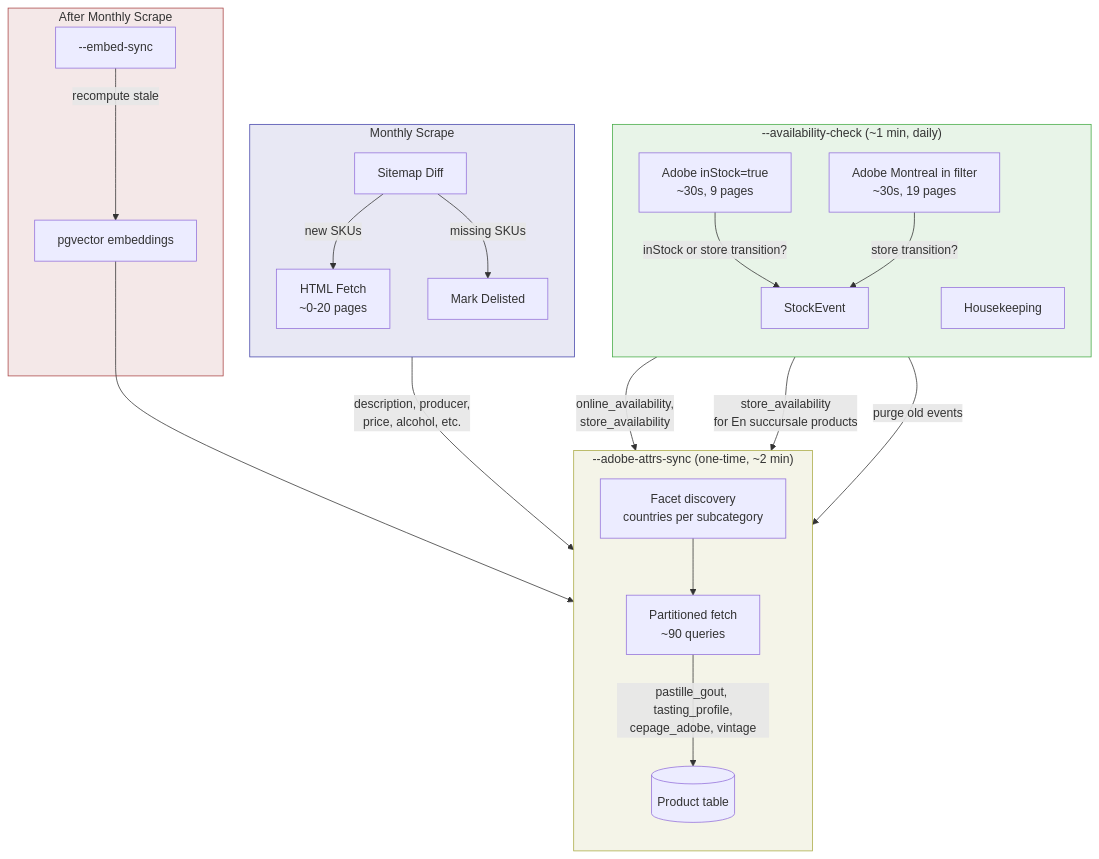
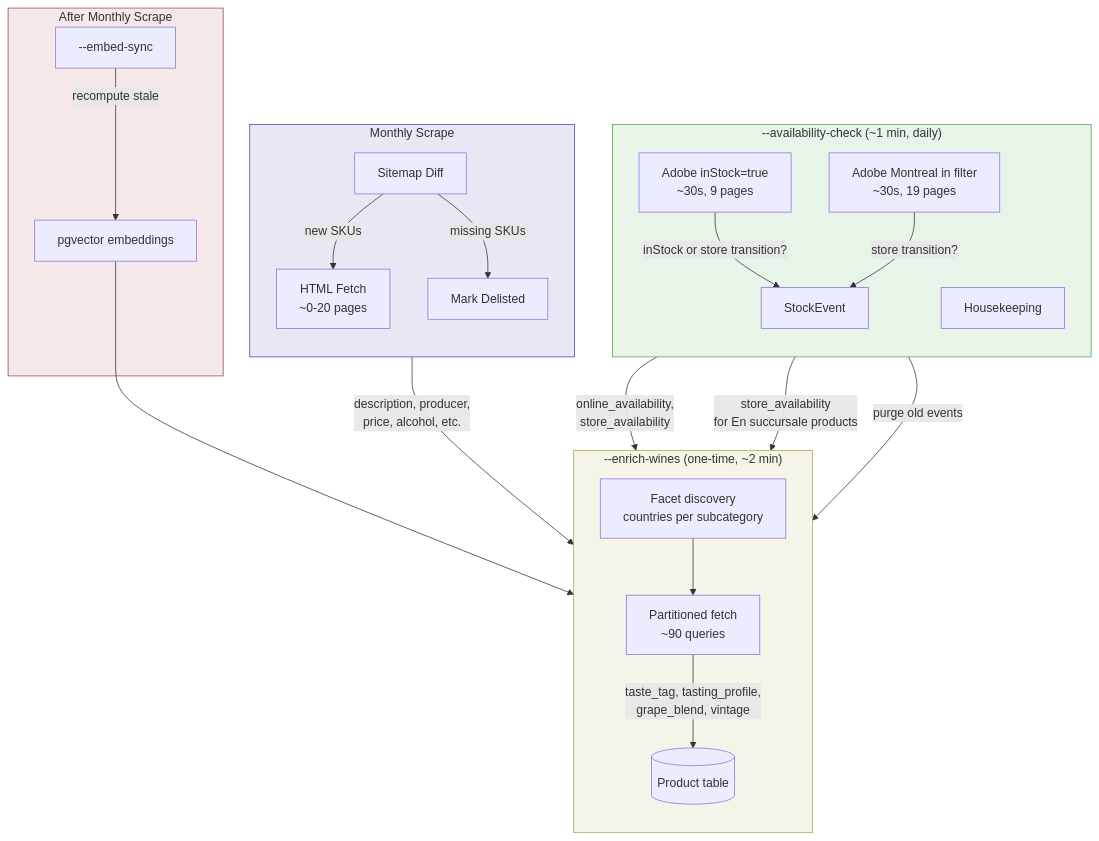
One commit to vpatrin/saq-sommelier changed the diagram in docs/specs/DATA_PIPELINE.md. Above: the diagram before and after it, drawn with Mermaid. The commit also changed other lines of this file and 5 other files, not shown here.

````diff
--- a/docs/specs/DATA_PIPELINE.md
+++ b/docs/specs/DATA_PIPELINE.md
@@ -340,35 +340,35 @@
 ```mermaid
 flowchart TB
-    subgraph onetime ["--adobe-attrs-sync (one-time, ~2 min)"]
+    subgraph onetime ["--enrich-wines (one-time, ~2 min)"]
         direction TB
         FACET[Facet discovery<br/>countries per subcategory] --> PART[Partitioned fetch<br/>~90 queries]
-        PART --> |pastille_gout, tasting_profile,<br/>cepage_adobe, vintage| DB
+        PART --> |taste_tag, tasting_profile,<br/>grape_blend, vintage| DB
     end
 
     subgraph daily ["--availability-check (~1 min, daily)"]
         direction TB
         ALS1[Adobe inStock=true<br/>~30s, 9 pages] --> |online_availability,<br/>store_availability| DB
         ALS2[Adobe Montreal in filter<br/>~30s, 19 pages] --> |store_availability<br/>for En succursale products| DB
         ALS1 --> |inStock or store transition?| SE[StockEvent]
         ALS2 --> |store transition?| SE
         HK[Housekeeping] --> |purge old events| DB
     end
 
     subgraph monthly ["Monthly Scrape"]
         direction TB
         SD[Sitemap Diff] --> |new SKUs| HTML[HTML Fetch<br/>~0-20 pages]
         SD --> |missing SKUs| DEL[Mark Delisted]
         HTML --> |description, producer,<br/>price, alcohol, etc.| DB
     end
 
     subgraph postscrape ["After Monthly Scrape"]
         EMB[--embed-sync] --> |recompute stale| PGV[pgvector embeddings]
     end
 
     PGV --> DB[(Product table)]
 
     style onetime fill:#f4f4e8,stroke:#aa4
     style daily fill:#e8f4e8,stroke:#4a4
     style monthly fill:#e8e8f4,stroke:#44a
     style postscrape fill:#f4e8e8,stroke:#a44
 ```
````
